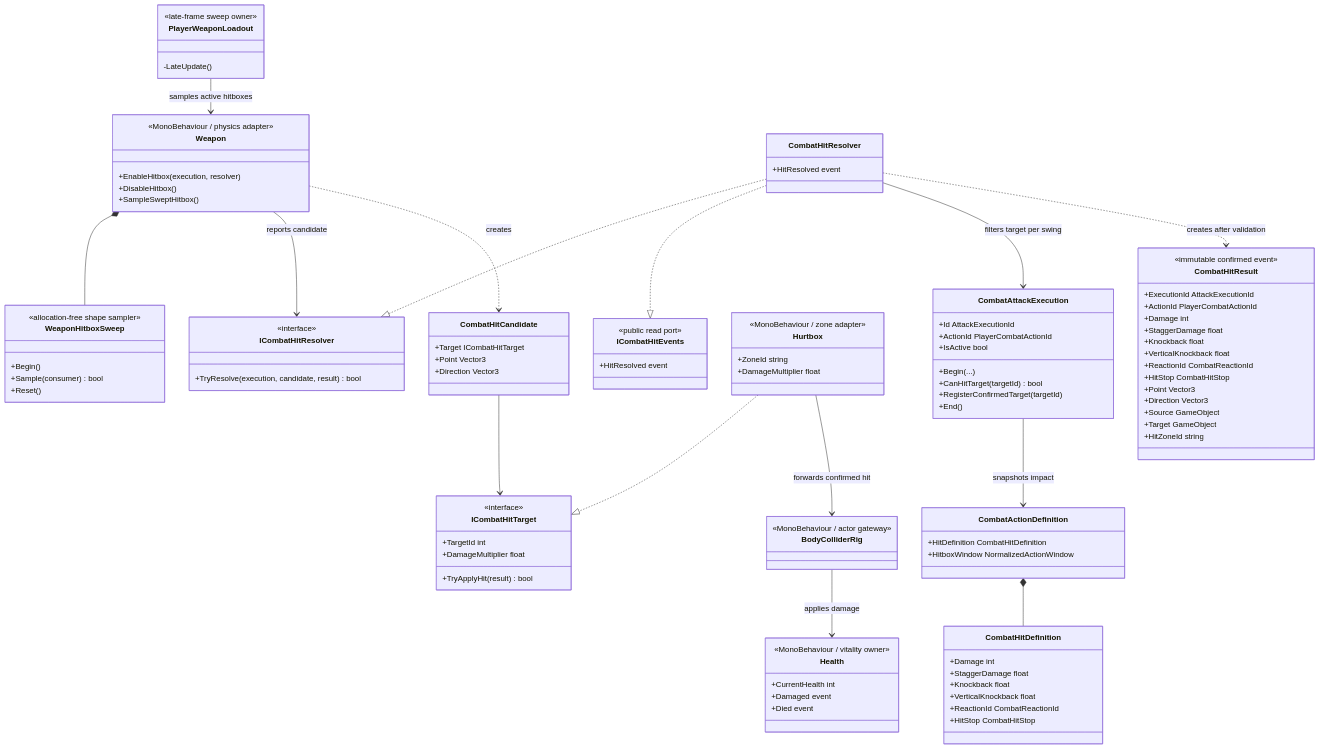
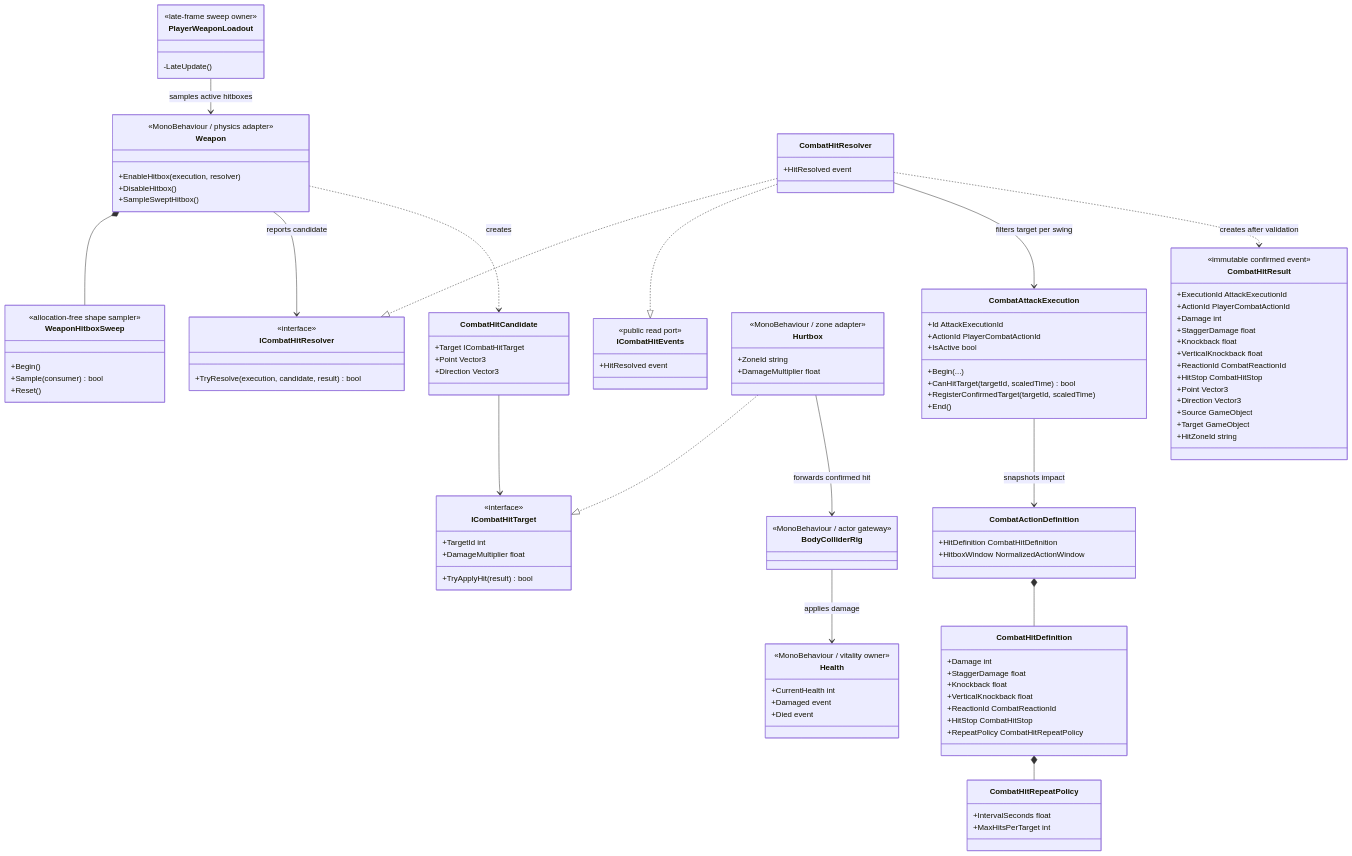
The first of 2 diagrams in Docs/Architecture/Combat.HitResolution.md (MaximFonariuc/project-s), drawn with Mermaid before and after one commit. The commit also changed other lines of this file and 3 other files, not shown here.

Commit message:
docs(combat): align moveset architecture

```diff
--- a/Docs/Architecture/Combat.HitResolution.md
+++ b/Docs/Architecture/Combat.HitResolution.md
@@ -28,14 +29,19 @@
         +VerticalKnockback float
         +ReactionId CombatReactionId
         +HitStop CombatHitStop
+        +RepeatPolicy CombatHitRepeatPolicy
+    }
+    class CombatHitRepeatPolicy {
+        +IntervalSeconds float
+        +MaxHitsPerTarget int
     }
     class CombatAttackExecution {
         +Id AttackExecutionId
         +ActionId PlayerCombatActionId
         +IsActive bool
         +Begin(...)
-        +CanHitTarget(targetId) bool
-        +RegisterConfirmedTarget(targetId)
+        +CanHitTarget(targetId, scaledTime) bool
+        +RegisterConfirmedTarget(targetId, scaledTime)
         +End()
     }
     class Weapon {
@@ -108,6 +114,7 @@
     }
 
     CombatActionDefinition *-- CombatHitDefinition
+    CombatHitDefinition *-- CombatHitRepeatPolicy
     CombatAttackExecution --> CombatActionDefinition : snapshots impact
     PlayerWeaponLoadout --> Weapon : samples active hitboxes
     Weapon *-- WeaponHitboxSweep
```
